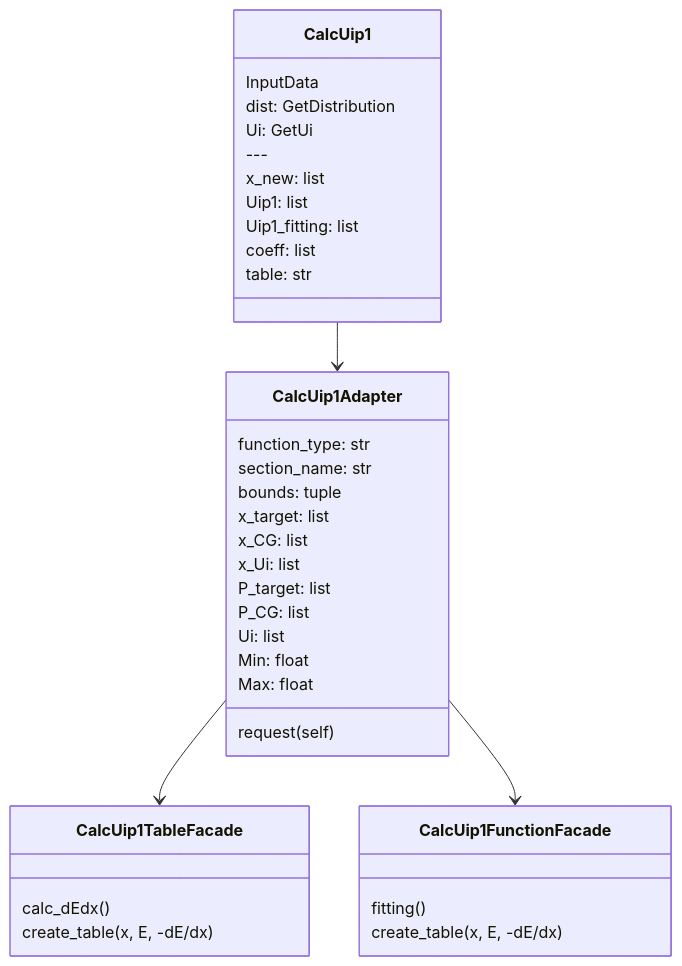
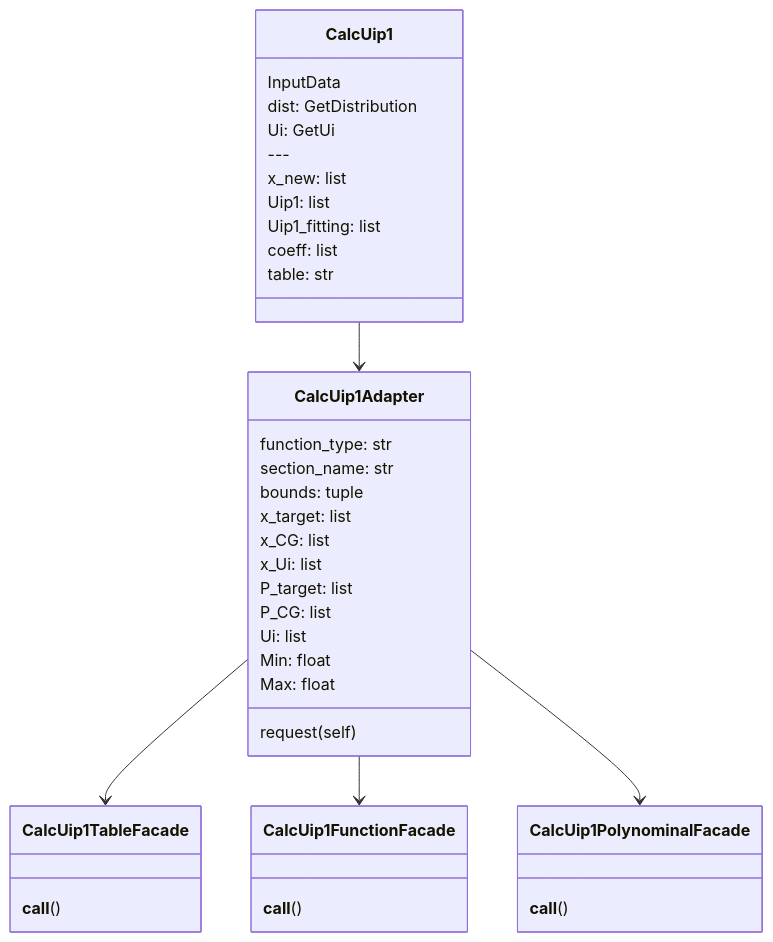
Before and after one commit to FjShm/research: the fourth of 4 diagrams in README.md, drawn with Mermaid. The commit also changed other lines of this file, not shown here.

````diff
--- a/README.md
+++ b/README.md
@@ -285,44 +285,47 @@
 ```mermaid
 classDiagram
 
 class CalcUip1{
     InputData
     dist: GetDistribution
     Ui: GetUi
     ---
     x_new: list
     Uip1: list
     Uip1_fitting: list
     coeff: list
     table: str
 }
 
 class CalcUip1Adapter{
     function_type: str
     section_name: str
     bounds: tuple
     x_target: list
     x_CG: list
     x_Ui: list
     P_target: list
     P_CG: list
     Ui: list
     Min: float
     Max: float
     request(self)
 }
 
 class CalcUip1TableFacade{
-    calc_dEdx()
-    create_table(x, E, -dE/dx)
+    __call__()
 }
 
 class CalcUip1FunctionFacade{
-    fitting()
-    create_table(x, E, -dE/dx)
+    __call__()
+}
+
+class CalcUip1PolynominalFacade{
+    __call__()
 }
 
 CalcUip1 --> CalcUip1Adapter
 CalcUip1Adapter --> CalcUip1TableFacade
 CalcUip1Adapter --> CalcUip1FunctionFacade
+CalcUip1Adapter --> CalcUip1PolynominalFacade
 ```
````
